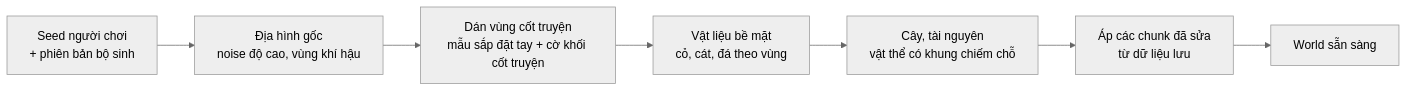
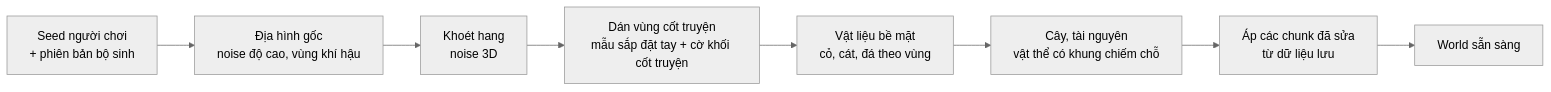
Before and after one commit to w-vi-khang/my-game: the first of 2 diagrams in design/04-tech/world-tech.md, drawn with Mermaid (neutral theme). The commit also changed other lines of this file and 4 other files, not shown here.

Commit message:
design: world — map 128×128×48 có hang, nước chảy (M2, 8–15), đào/đặt nguyên ô, đổi bộ sinh thì sinh lại chunk chưa sửa; roadmap tính lại

````diff
--- a/design/04-tech/world-tech.md
+++ b/design/04-tech/world-tech.md
@@ -43,9 +45,10 @@
 ```mermaid
 flowchart LR
     S[Seed người chơi<br/>+ phiên bản bộ sinh] --> H[Địa hình gốc<br/>noise độ cao, vùng khí hậu]
-    H --> R[Dán vùng cốt truyện<br/>mẫu sắp đặt tay + cờ khối cốt truyện]
+    H --> CV[Khoét hang<br/>noise 3D]
+    CV --> R[Dán vùng cốt truyện<br/>mẫu sắp đặt tay + cờ khối cốt truyện]
     R --> V[Vật liệu bề mặt<br/>cỏ, cát, đá theo vùng]
     V --> P[Cây, tài nguyên<br/>vật thể có khung chiếm chỗ]
     P --> D[Áp các chunk đã sửa<br/>từ dữ liệu lưu]
     D --> W[World sẵn sàng]
 ```
````
